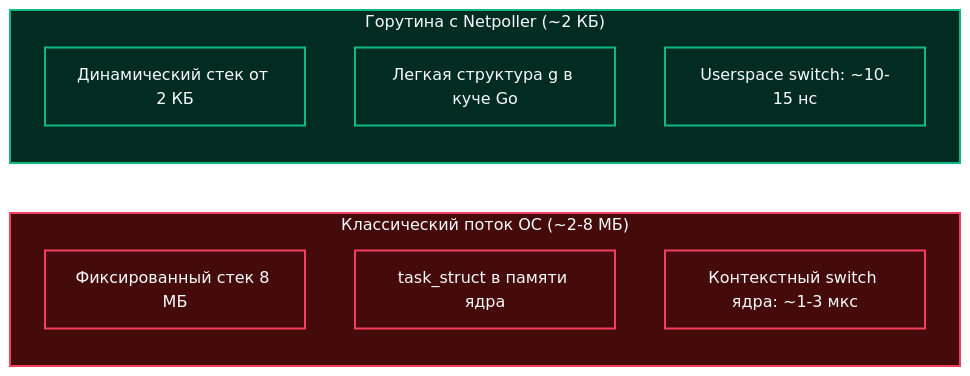
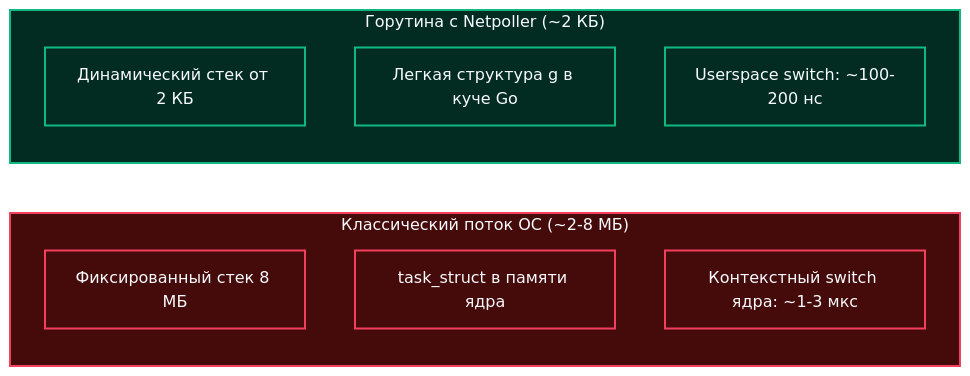
Before and after one commit to UnrealTemplier/go-textbook-ru: the third of 3 diagrams in sources/2. Устройство и работа ОС/38. Как netpoller Go использует epoll и kqueue.md, drawn with Mermaid. The commit also changed other lines of this file and 59 other files, not shown here.

````diff
--- a/sources/2. Устройство и работа ОС/38. Как netpoller Go использует epoll и kqueue.md
+++ b/sources/2. Устройство и работа ОС/38. Как netpoller Go использует epoll и kqueue.md
@@ -142,22 +145,22 @@
 ```mermaid
 flowchart LR
     subgraph PthreadModel["Классический поток ОС (~2-8 МБ)"]
         direction TB
         PStack["Фиксированный стек 8 МБ"]
         PKernel["task_struct в памяти ядра"]
         PContext["Контекстный switch ядра: ~1-3 мкс"]
     end
 
     subgraph GoNetpollerModel["Горутина с Netpoller (~2 КБ)"]
         direction TB
         GStack["Динамический стек от 2 КБ"]
         GUser["Легкая структура g в куче Go"]
-        GContext["Userspace switch: ~10-15 нс"]
+        GContext["Userspace switch: ~100-200 нс"]
     end
 
     classDef pthr fill:#450a0a,stroke:#f43f5e,stroke-width:2px,color:#f8fafc;
     classDef gonp fill:#022c22,stroke:#10b981,stroke-width:2px,color:#f8fafc;
 
     class PthreadModel,PStack,PKernel,PContext pthr;
     class GoNetpollerModel,GStack,GUser,GContext gonp;
 ```
````
